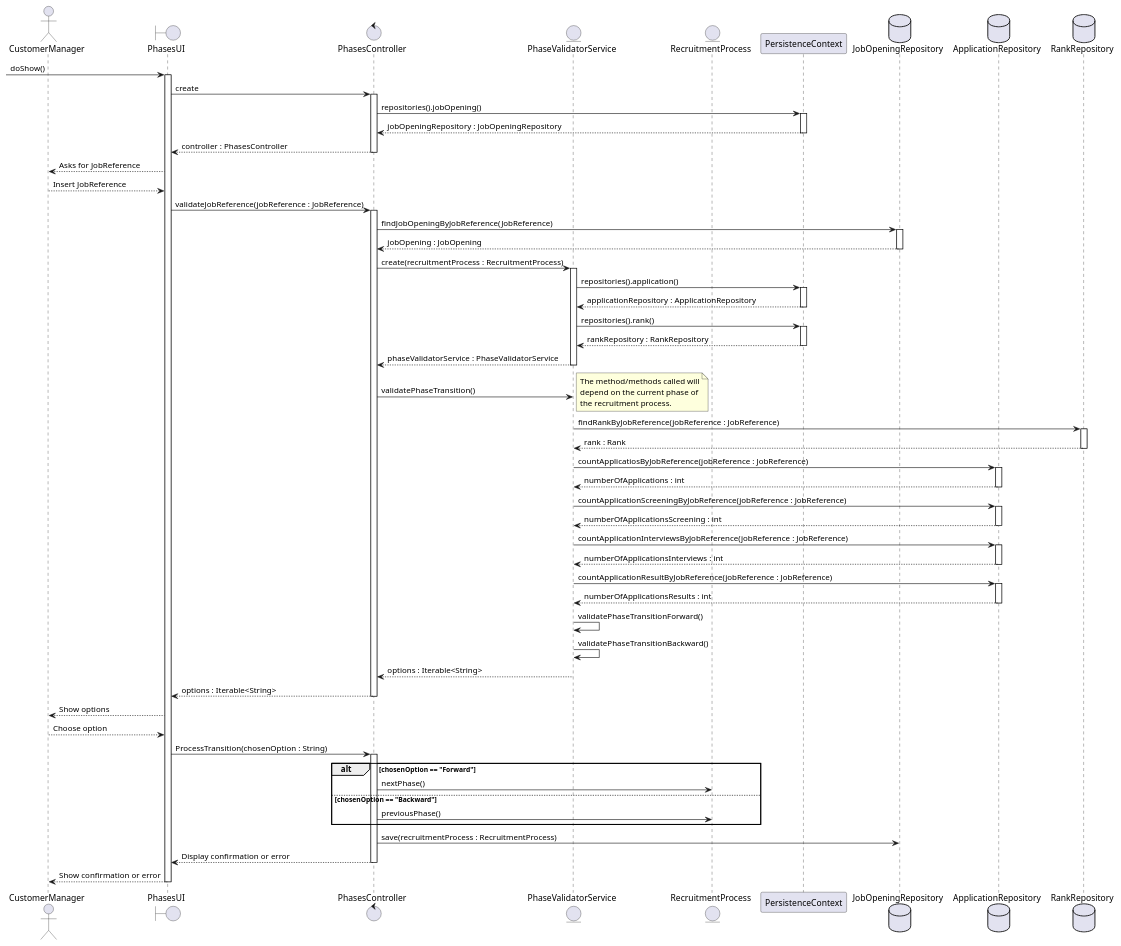
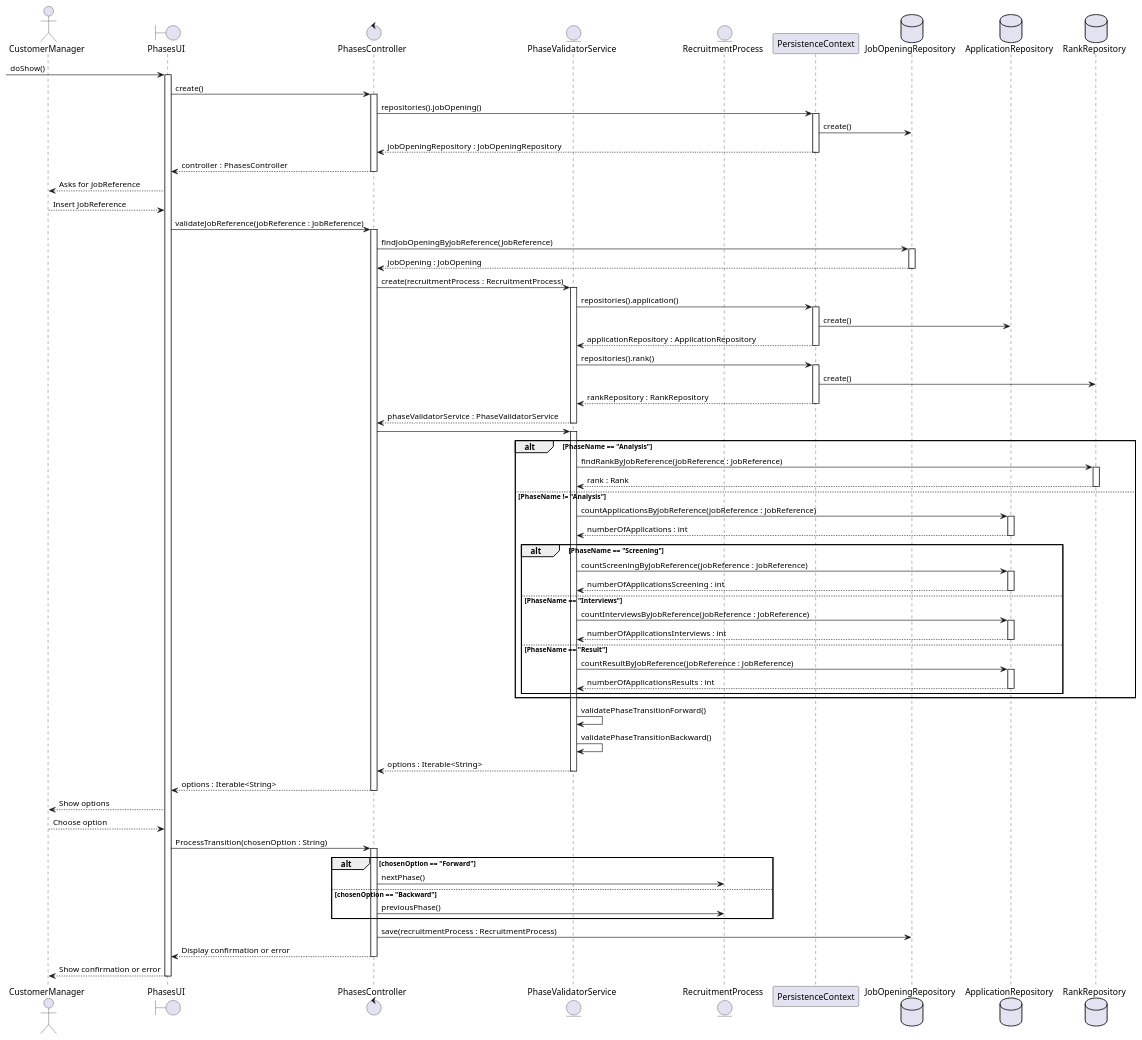
One commit to Mendoncaa/LAPR4 changed the diagram in docs/sprintC/US1010/03.design/puml/SD.puml. Above: the diagram before and after it, drawn with PlantUML. The commit also changed 6 other files, not shown here.

First line of the commit message:
#40 US1010 diagrams updated.

```diff
--- a/docs/sprintC/US1010/03.design/puml/SD.puml
+++ b/docs/sprintC/US1010/03.design/puml/SD.puml
@@ -1,88 +1,95 @@
-@startuml
+@startuml SequenceDiagram
 actor CustomerManager
 boundary PhasesUI
 control PhasesController
 entity PhaseValidatorService
 entity RecruitmentProcess
 participant PersistenceContext
 database JobOpeningRepository
 database ApplicationRepository
 database RankRepository
 
 -> PhasesUI: doShow()
 activate PhasesUI
-PhasesUI -> PhasesController : create
+PhasesUI -> PhasesController : create()
 activate PhasesController
 PhasesController -> PersistenceContext : repositories().jobOpening()
 activate PersistenceContext
+PersistenceContext -> JobOpeningRepository : create()
 PersistenceContext --> PhasesController : jobOpeningRepository : JobOpeningRepository
 deactivate PersistenceContext
 PhasesController --> PhasesUI : controller : PhasesController
 deactivate PhasesController
 PhasesUI --> CustomerManager: Asks for JobReference
 CustomerManager --> PhasesUI: Insert JobReference
 PhasesUI -> PhasesController: validateJobReference(jobReference : JobReference)
 activate PhasesController
 PhasesController -> JobOpeningRepository: findJobOpeningByJobReference(JobReference)
 activate JobOpeningRepository
 JobOpeningRepository --> PhasesController: jobOpening : JobOpening
 deactivate JobOpeningRepository
 PhasesController -> PhaseValidatorService : create(recruitmentProcess : RecruitmentProcess)
 activate PhaseValidatorService
 PhaseValidatorService -> PersistenceContext : repositories().application()
 activate PersistenceContext
+PersistenceContext -> ApplicationRepository : create()
 PersistenceContext --> PhaseValidatorService : applicationRepository : ApplicationRepository
 deactivate PersistenceContext
 PhaseValidatorService -> PersistenceContext : repositories().rank()
 activate PersistenceContext
+PersistenceContext -> RankRepository : create()
 PersistenceContext --> PhaseValidatorService : rankRepository : RankRepository
 deactivate PersistenceContext
 PhaseValidatorService --> PhasesController: phaseValidatorService : PhaseValidatorService
 deactivate PhaseValidatorService
-PhasesController -> PhaseValidatorService: validatePhaseTransition()
-note right
-The method/methods called will
-depend on the current phase of
-the recruitment process.
-end note
+PhasesController -> PhaseValidatorService:
+activate PhaseValidatorService
+alt PhaseName == "Analysis"
 PhaseValidatorService -> RankRepository : findRankByJobReference(jobReference : JobReference)
 activate RankRepository
 RankRepository --> PhaseValidatorService: rank : Rank
 deactivate RankRepository
-PhaseValidatorService -> ApplicationRepository : countApplicatiosByJobReference(jobReference : JobReference)
+else PhaseName != "Analysis"
+PhaseValidatorService -> ApplicationRepository : countApplicationsByJobReference(jobReference : JobReference)
 activate ApplicationRepository
 ApplicationRepository --> PhaseValidatorService: numberOfApplications : int
 deactivate ApplicationRepository
-PhaseValidatorService -> ApplicationRepository : countApplicationScreeningByJobReference(jobReference : JobReference)
-activate ApplicationRepository
-ApplicationRepository --> PhaseValidatorService: numberOfApplicationsScreening : int
-deactivate ApplicationRepository
-PhaseValidatorService -> ApplicationRepository : countApplicationInterviewsByJobReference(jobReference : JobReference)
-activate ApplicationRepository
-ApplicationRepository --> PhaseValidatorService: numberOfApplicationsInterviews : int
-deactivate ApplicationRepository
-PhaseValidatorService -> ApplicationRepository : countApplicationResultByJobReference(jobReference : JobReference)
-activate ApplicationRepository
-ApplicationRepository --> PhaseValidatorService: numberOfApplicationsResults : int
-deactivate ApplicationRepository
+    alt PhaseName == "Screening"
+    PhaseValidatorService -> ApplicationRepository : countScreeningByJobReference(jobReference : JobReference)
+    activate ApplicationRepository
+    ApplicationRepository --> PhaseValidatorService: numberOfApplicationsScreening : int
+    deactivate ApplicationRepository
+    else PhaseName == "Interviews"
+    PhaseValidatorService -> ApplicationRepository : countInterviewsByJobReference(jobReference : JobReference)
+    activate ApplicationRepository
+    ApplicationRepository --> PhaseValidatorService: numberOfApplicationsInterviews : int
+    deactivate ApplicationRepository
+    else PhaseName == "Result"
+    PhaseValidatorService -> ApplicationRepository : countResultByJobReference(jobReference : JobReference)
+    activate ApplicationRepository
+    ApplicationRepository --> PhaseValidatorService: numberOfApplicationsResults : int
+    deactivate ApplicationRepository
+
+    end
+end
 PhaseValidatorService -> PhaseValidatorService : validatePhaseTransitionForward()
 PhaseValidatorService -> PhaseValidatorService : validatePhaseTransitionBackward()
 PhaseValidatorService --> PhasesController: options : Iterable<String>
+deactivate PhaseValidatorService
 PhasesController --> PhasesUI: options : Iterable<String>
 deactivate PhasesController
 PhasesUI --> CustomerManager: Show options
 CustomerManager --> PhasesUI: Choose option
 PhasesUI -> PhasesController: ProcessTransition(chosenOption : String)
 activate PhasesController
 alt chosenOption == "Forward"
 PhasesController -> RecruitmentProcess: nextPhase()
 else chosenOption == "Backward"
 PhasesController -> RecruitmentProcess: previousPhase()
 end
 PhasesController -> JobOpeningRepository : save(recruitmentProcess : RecruitmentProcess)
-
 PhasesController --> PhasesUI: Display confirmation or error
 deactivate PhasesController
 PhasesUI --> CustomerManager: Show confirmation or error
 deactivate PhasesUI
 @enduml
```
